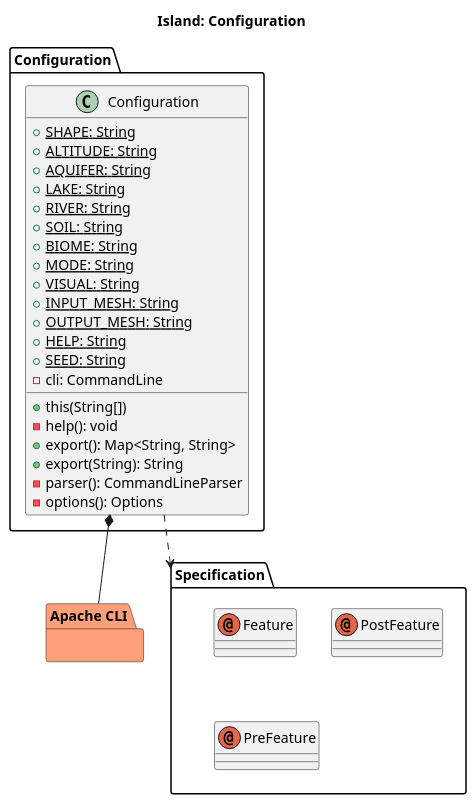
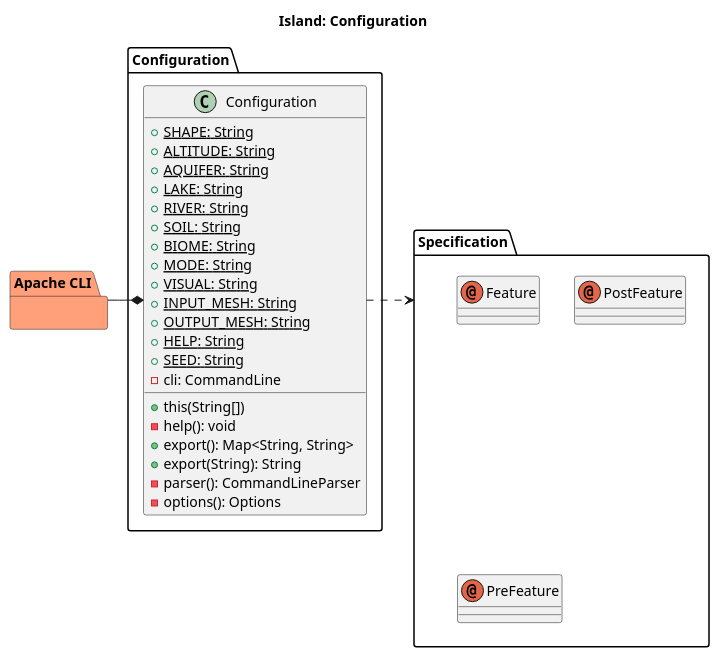
The diagram in umlDiagrams/A3/IndividualPackages/Configuration/island_config.puml (itshady/Island-Generator), drawn with PlantUML before and after one commit. The commit also changed 6 other files, not shown here.

Commit message:
Added methods and class variables for UML diagrams config, exporters, and features

```diff
--- a/umlDiagrams/A3/IndividualPackages/Configuration/island_config.puml
+++ b/umlDiagrams/A3/IndividualPackages/Configuration/island_config.puml
@@ -1,50 +1,48 @@
 @startuml
 
 title Island: Configuration
 
 package Configuration {
 
   class Configuration {
 
     +{static} SHAPE: String
     +{static} ALTITUDE: String
     +{static} AQUIFER: String
     +{static} LAKE: String
     +{static} RIVER: String
     +{static} SOIL: String
     +{static} BIOME: String
     +{static} MODE: String
     +{static} VISUAL: String
     +{static} INPUT_MESH: String
     +{static} OUTPUT_MESH: String
     +{static} HELP: String
     +{static} SEED: String
     -cli: CommandLine
 
     +this(String[])
     -help(): void
     +export(): Map<String, String>
     +export(String): String
     -parser(): CommandLineParser
     -options(): Options
 
   }
 
 }
 
 package Specification {
 
   annotation Feature
   annotation PostFeature
   annotation PreFeature
 
 }
 
 package "Apache CLI" LightSalmon {}
 
-Configuration.Configuration *-- "Apache CLI"
-Configuration.Configuration ..> Specification
-
-
+Configuration.Configuration *-left- "Apache CLI"
+Configuration.Configuration .right.> Specification
 
 @enduml
```
